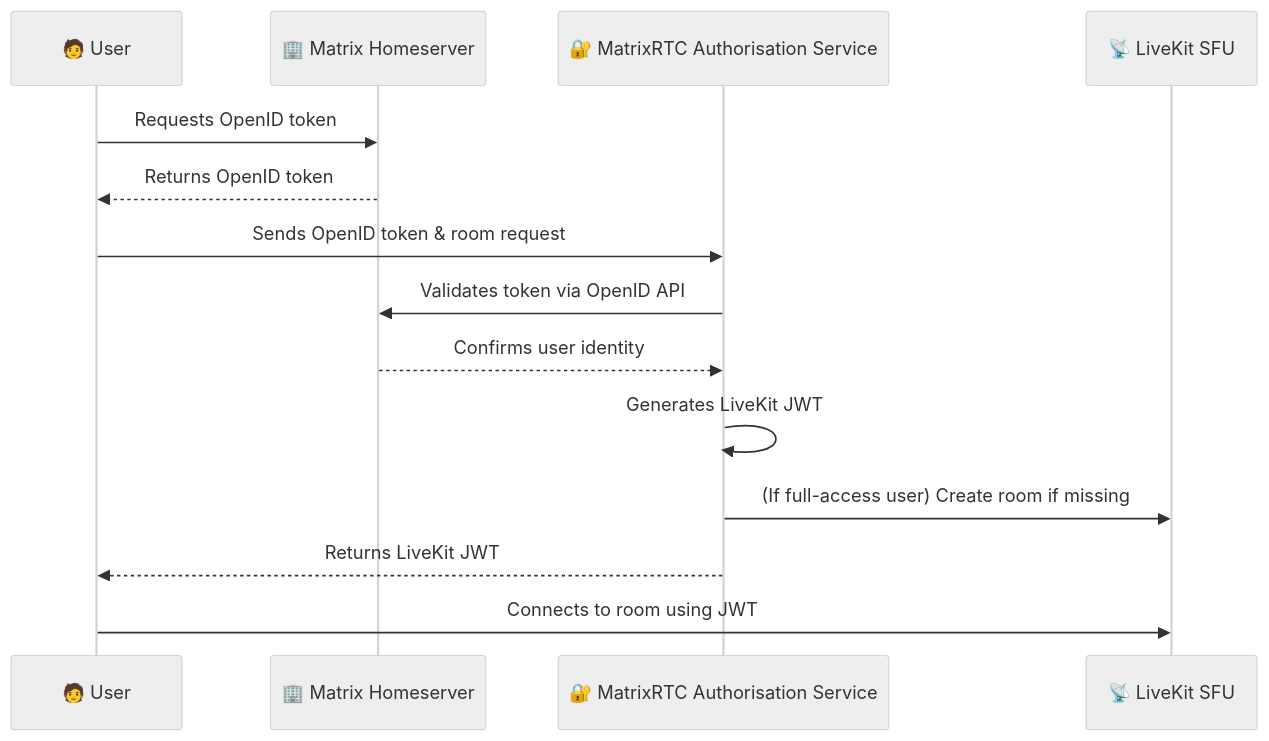
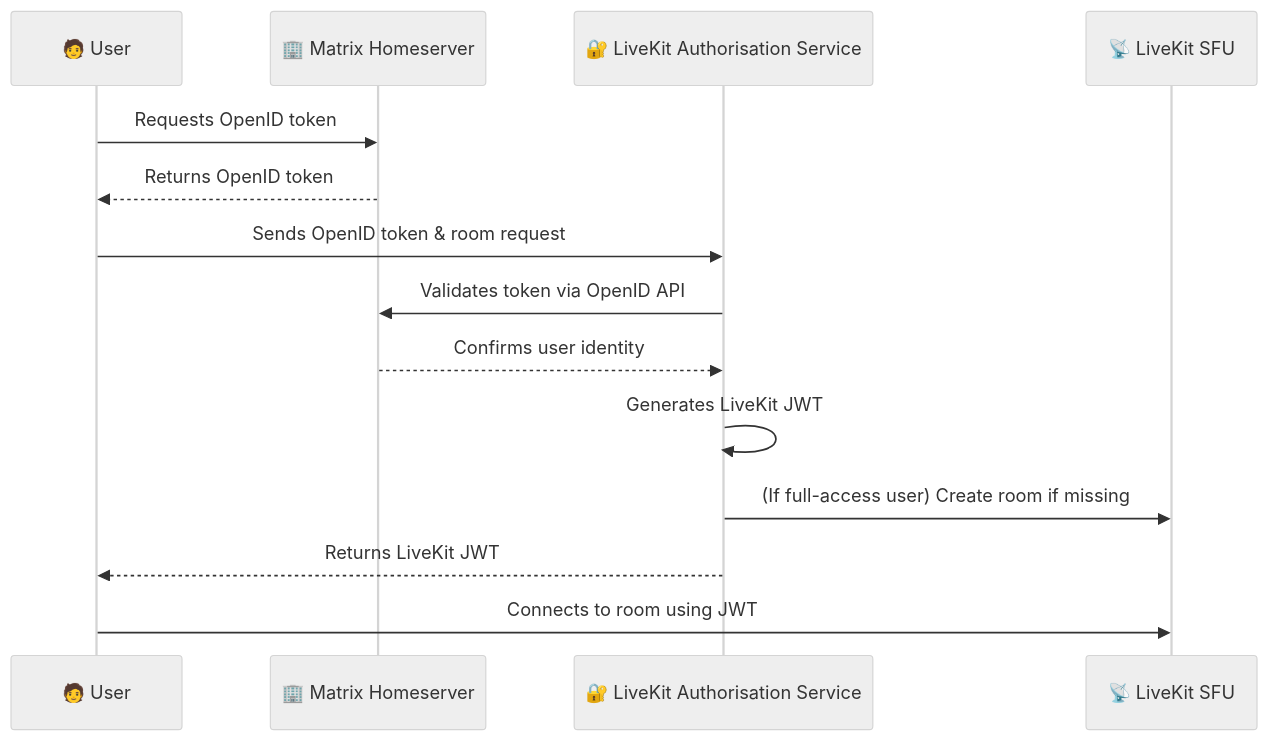
Before and after one commit to matrix-org/matrix-spec-proposals: the diagram in proposals/4195-matrixrtc-livekit.md, drawn with Mermaid (neutral theme).

Commit message:
User "LiveKit" to label the service in the chart

````diff
--- a/proposals/4195-matrixrtc-livekit.md
+++ b/proposals/4195-matrixrtc-livekit.md
@@ -149,17 +149,17 @@
 ```mermaid
 sequenceDiagram
     participant U as 🧑 User
     participant M as 🏢 Matrix Homeserver
-    participant A as 🔐 MatrixRTC Authorisation Service
+    participant A as 🔐 LiveKit Authorisation Service
     participant L as 📡 LiveKit SFU
 
     U->>M: Requests OpenID token
     M-->>U: Returns OpenID token
     U->>A: Sends OpenID token & room request
     A->>M: Validates token via OpenID API
     M-->>A: Confirms user identity
     A->>A: Generates LiveKit JWT
     A->>L: (If full-access user) Create room if missing
     A-->>U: Returns LiveKit JWT
     U->>L: Connects to room using JWT
 ```
````
